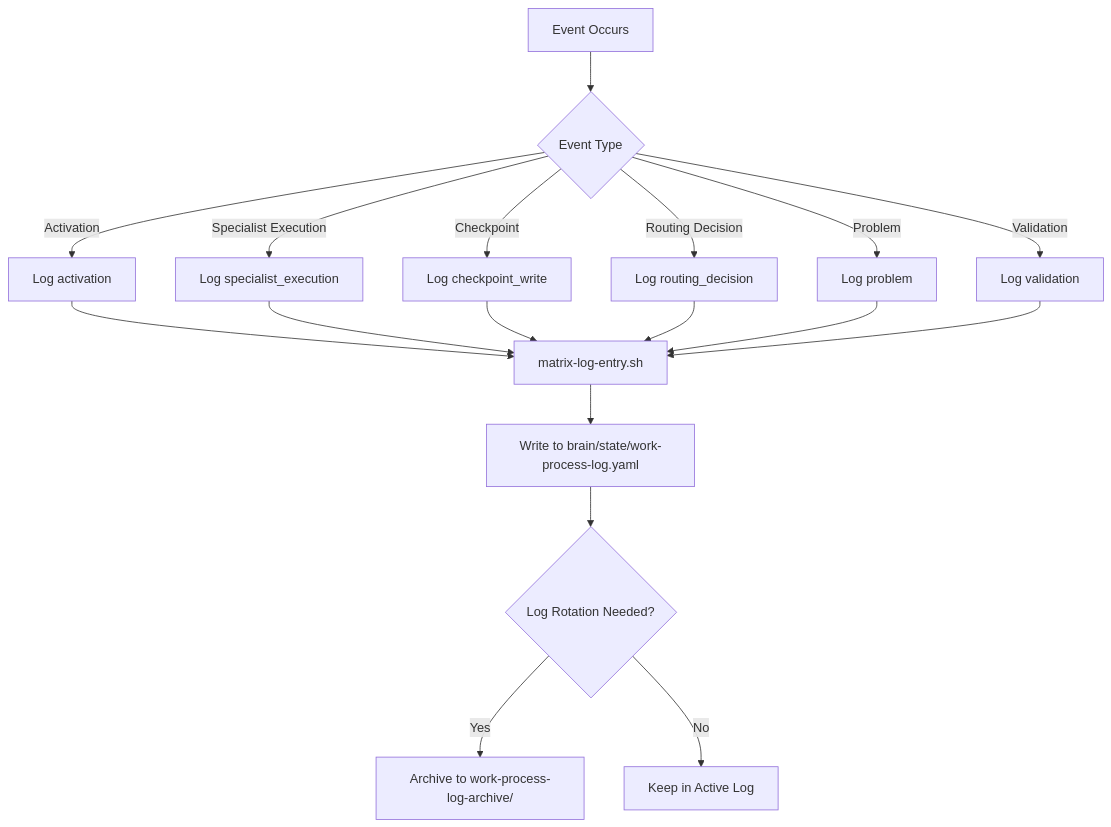
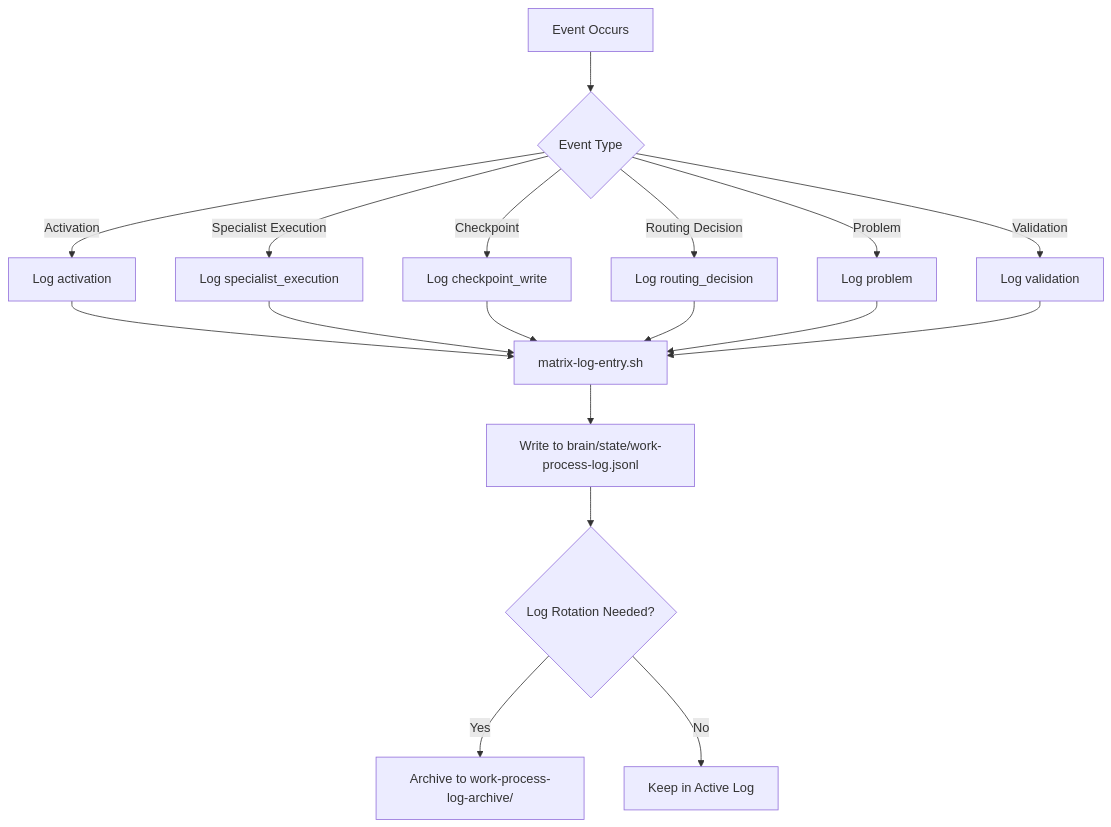
Diagram 19 of 25 in analysis/execution_flow.md (elbarril/matrix), drawn with Mermaid before and after one commit. The commit also changed other lines of this file and 12 other files, not shown here.

````diff
--- a/analysis/execution_flow.md
+++ b/analysis/execution_flow.md
@@ -644,20 +644,20 @@
 ```mermaid
 graph TD
     A[Event Occurs] --> B{Event Type}
     B -->|Activation| C[Log activation]
     B -->|Specialist Execution| D[Log specialist_execution]
     B -->|Checkpoint| E[Log checkpoint_write]
     B -->|Routing Decision| F[Log routing_decision]
     B -->|Problem| G[Log problem]
     B -->|Validation| H[Log validation]
     C --> I[matrix-log-entry.sh]
     D --> I
     E --> I
     F --> I
     G --> I
     H --> I
-    I --> J[Write to brain/state/work-process-log.yaml]
+    I --> J[Write to brain/state/work-process-log.jsonl]
     J --> K{Log Rotation Needed?}
     K -->|Yes| L[Archive to work-process-log-archive/]
     K -->|No| M[Keep in Active Log]
 ```
````
